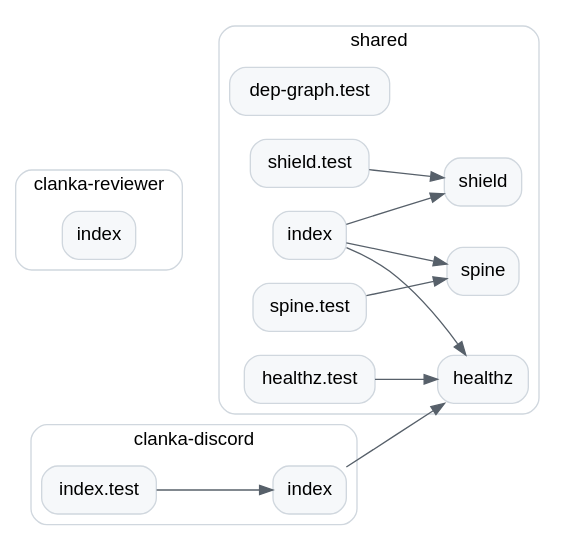
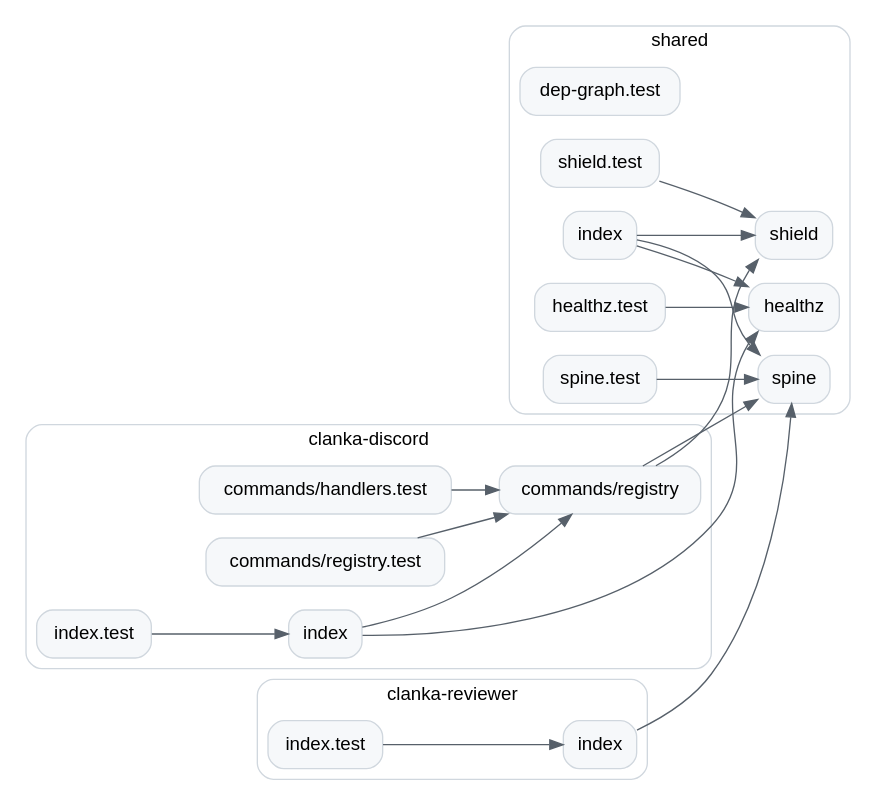
One commit to clankamode/clanka-tools changed the diagram in docs/dep-graph.dot. Above: the diagram before and after it, drawn with Graphviz. The commit also changed 7 other files, not shown here.

First line of the commit message:
fix: second-pass honesty for register, dep-graph, and backlog cooldown (#62)

```diff
--- a/docs/dep-graph.dot
+++ b/docs/dep-graph.dot
@@ -1,43 +1,54 @@
 digraph dependency_graph {
   graph [rankdir="LR", fontname="Helvetica", bgcolor="white"];
   node [shape="box", style="rounded,filled", fillcolor="#f6f8fa", color="#d0d7de", fontname="Helvetica"];
   edge [color="#57606a"];
 
   subgraph "cluster_shared" {
     label = "shared";
     color = "#d0d7de";
     style = "rounded";
     "shared/dep-graph.test" [label="dep-graph.test", tooltip="shared/dep-graph.test.ts"];
     "shared/healthz" [label="healthz", tooltip="shared/healthz.ts"];
     "shared/healthz.test" [label="healthz.test", tooltip="shared/healthz.test.ts"];
     "shared/index" [label="index", tooltip="shared/index.ts"];
     "shared/shield" [label="shield", tooltip="shared/shield.ts"];
     "shared/shield.test" [label="shield.test", tooltip="shared/shield.test.ts"];
     "shared/spine" [label="spine", tooltip="shared/spine.ts"];
     "shared/spine.test" [label="spine.test", tooltip="shared/spine.test.ts"];
   }
 
   subgraph "cluster_clanka_discord" {
     label = "clanka-discord";
     color = "#d0d7de";
     style = "rounded";
+    "workers/clanka-discord/commands/handlers.test" [label="commands/handlers.test", tooltip="workers/clanka-discord/commands/handlers.test.ts"];
+    "workers/clanka-discord/commands/registry" [label="commands/registry", tooltip="workers/clanka-discord/commands/registry.ts"];
+    "workers/clanka-discord/commands/registry.test" [label="commands/registry.test", tooltip="workers/clanka-discord/commands/registry.test.ts"];
     "workers/clanka-discord/src/index" [label="index", tooltip="workers/clanka-discord/src/index.ts"];
     "workers/clanka-discord/src/index.test" [label="index.test", tooltip="workers/clanka-discord/src/index.test.ts"];
   }
 
   subgraph "cluster_clanka_reviewer" {
     label = "clanka-reviewer";
     color = "#d0d7de";
     style = "rounded";
     "workers/clanka-reviewer/src/index" [label="index", tooltip="workers/clanka-reviewer/src/index.ts"];
+    "workers/clanka-reviewer/src/index.test" [label="index.test", tooltip="workers/clanka-reviewer/src/index.test.ts"];
   }
 
   "shared/healthz.test" -> "shared/healthz";
   "shared/index" -> "shared/healthz";
   "shared/index" -> "shared/shield";
   "shared/index" -> "shared/spine";
   "shared/shield.test" -> "shared/shield";
   "shared/spine.test" -> "shared/spine";
+  "workers/clanka-discord/commands/handlers.test" -> "workers/clanka-discord/commands/registry";
+  "workers/clanka-discord/commands/registry" -> "shared/shield";
+  "workers/clanka-discord/commands/registry" -> "shared/spine";
+  "workers/clanka-discord/commands/registry.test" -> "workers/clanka-discord/commands/registry";
   "workers/clanka-discord/src/index" -> "shared/healthz";
+  "workers/clanka-discord/src/index" -> "workers/clanka-discord/commands/registry";
   "workers/clanka-discord/src/index.test" -> "workers/clanka-discord/src/index";
+  "workers/clanka-reviewer/src/index" -> "shared/spine";
+  "workers/clanka-reviewer/src/index.test" -> "workers/clanka-reviewer/src/index";
 }
```
